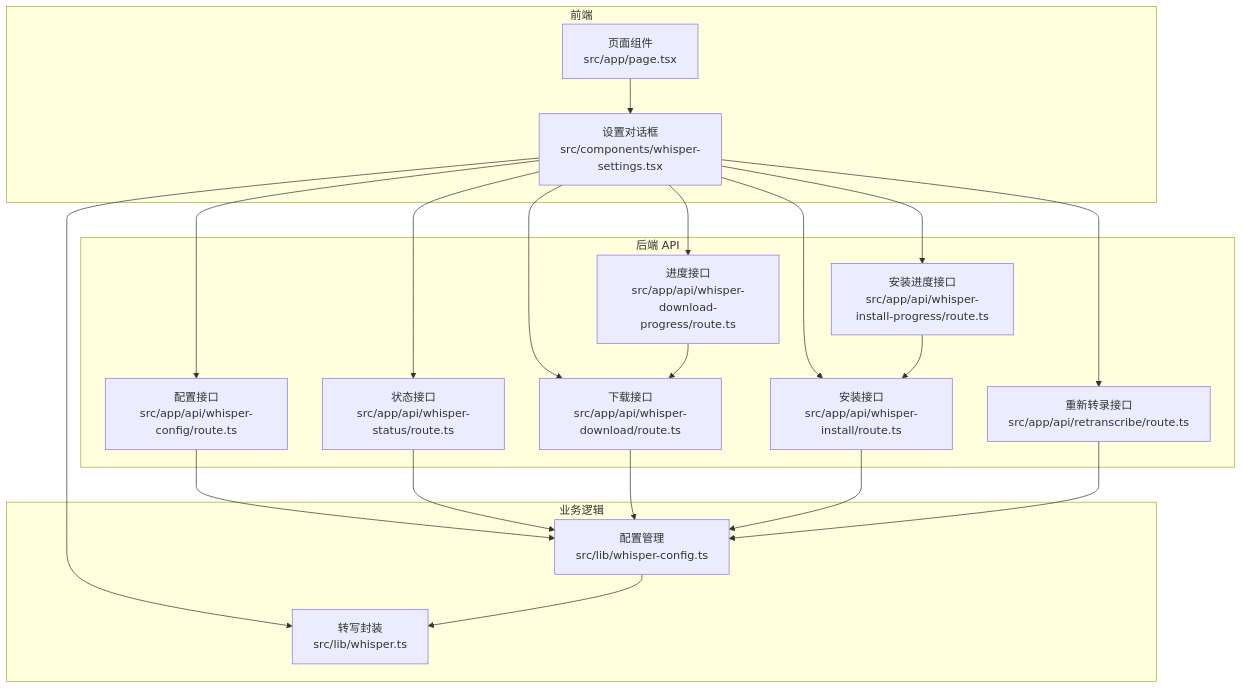
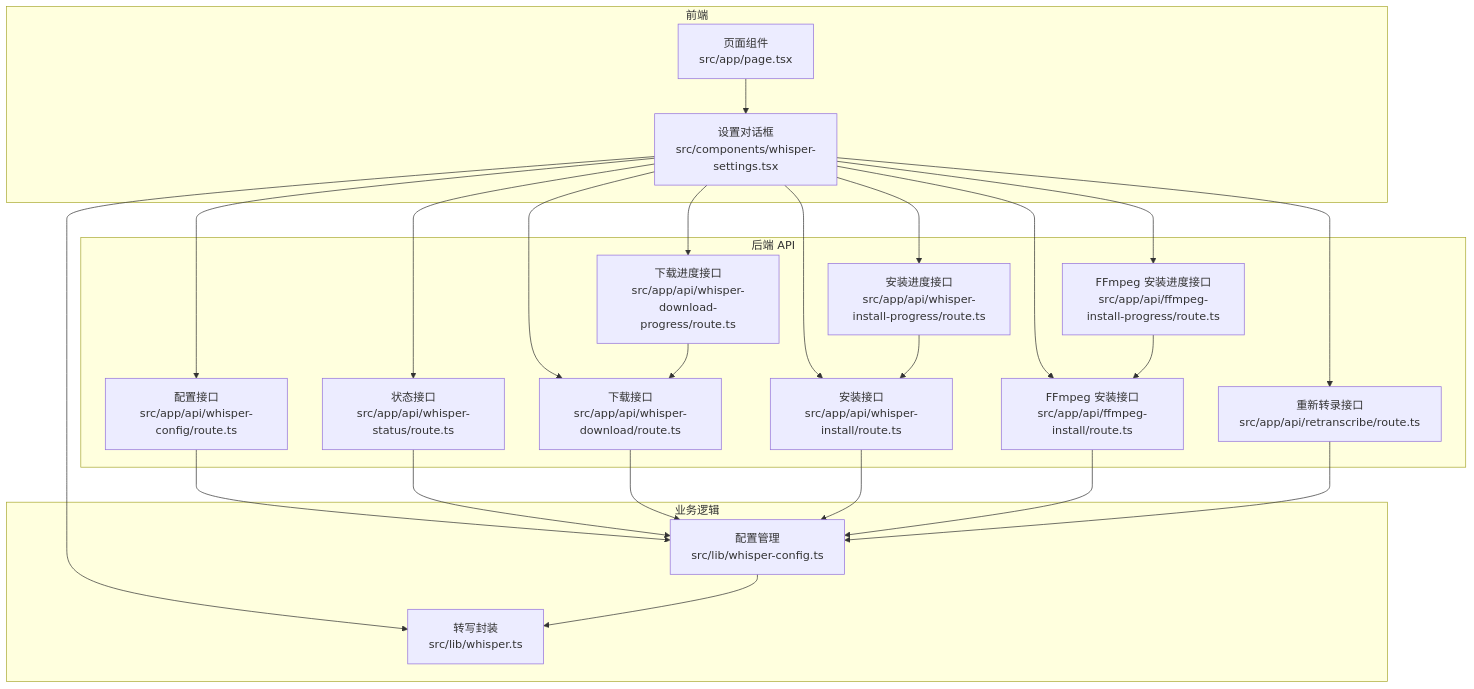
Before and after one commit to clawbotai/memo-flow: the first of 12 diagrams in .qoder/repowiki/zh/content/核心功能模块/Whisper 配置管理.md, drawn with Mermaid. The commit also changed other lines of this file and 5 other files, not shown here.

````diff
--- a/.qoder/repowiki/zh/content/核心功能模块/Whisper 配置管理.md
+++ b/.qoder/repowiki/zh/content/核心功能模块/Whisper 配置管理.md
@@ -53,37 +57,43 @@
 ```mermaid
 graph TB
 subgraph "前端"
 UI["页面组件<br/>src/app/page.tsx"]
 Settings["设置对话框<br/>src/components/whisper-settings.tsx"]
 end
 subgraph "后端 API"
 ConfigAPI["配置接口<br/>src/app/api/whisper-config/route.ts"]
 StatusAPI["状态接口<br/>src/app/api/whisper-status/route.ts"]
 DownloadAPI["下载接口<br/>src/app/api/whisper-download/route.ts"]
-ProgressAPI["进度接口<br/>src/app/api/whisper-download-progress/route.ts"]
+ProgressAPI["下载进度接口<br/>src/app/api/whisper-download-progress/route.ts"]
 InstallAPI["安装接口<br/>src/app/api/whisper-install/route.ts"]
 InstallProgressAPI["安装进度接口<br/>src/app/api/whisper-install-progress/route.ts"]
+FfmpegInstallAPI["FFmpeg 安装接口<br/>src/app/api/ffmpeg-install/route.ts"]
+FfmpegInstallProgressAPI["FFmpeg 安装进度接口<br/>src/app/api/ffmpeg-install-progress/route.ts"]
 RetranscribeAPI["重新转录接口<br/>src/app/api/retranscribe/route.ts"]
 end
 subgraph "业务逻辑"
 ConfigLib["配置管理<br/>src/lib/whisper-config.ts"]
 WhisperLib["转写封装<br/>src/lib/whisper.ts"]
 end
 UI --> Settings
 Settings --> ConfigAPI
 Settings --> StatusAPI
 Settings --> DownloadAPI
 Settings --> ProgressAPI
 Settings --> InstallAPI
 Settings --> InstallProgressAPI
+Settings --> FfmpegInstallAPI
+Settings --> FfmpegInstallProgressAPI
 Settings --> RetranscribeAPI
 ConfigAPI --> ConfigLib
 StatusAPI --> ConfigLib
 DownloadAPI --> ConfigLib
 ProgressAPI --> DownloadAPI
 InstallAPI --> ConfigLib
 InstallProgressAPI --> InstallAPI
+FfmpegInstallAPI --> ConfigLib
+FfmpegInstallProgressAPI --> FfmpegInstallAPI
 RetranscribeAPI --> ConfigLib
 Settings --> WhisperLib
 ConfigLib --> WhisperLib
 ```
````
